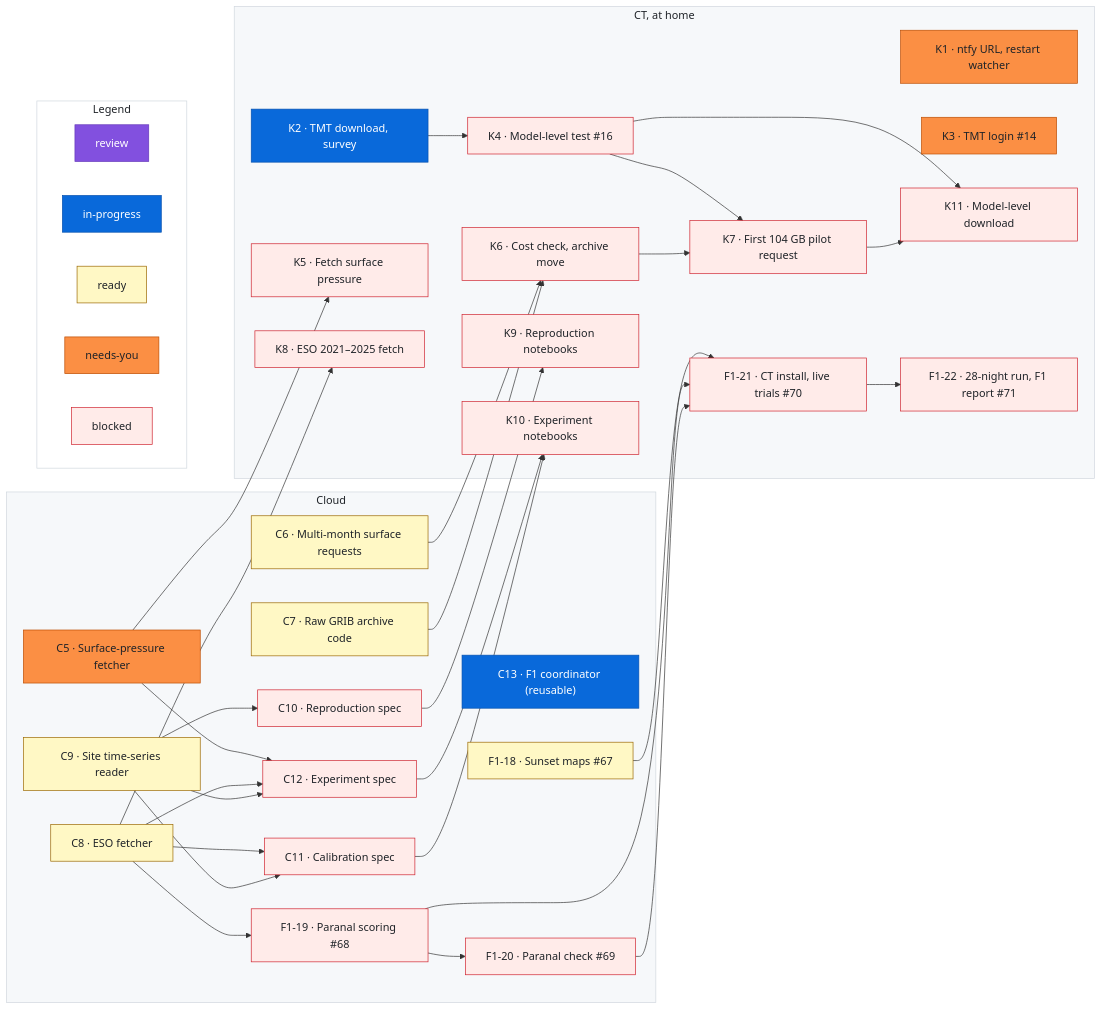
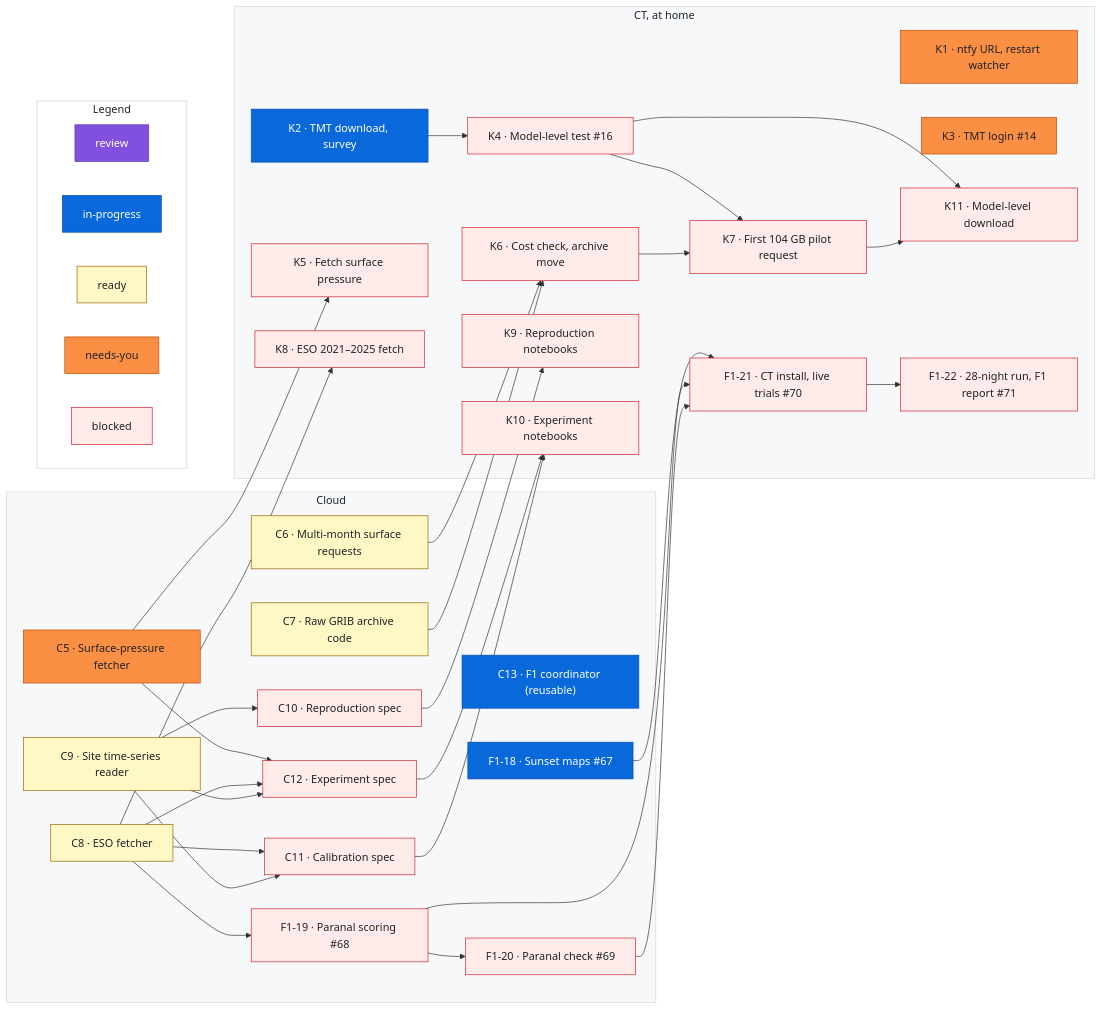
Before and after one commit to rrweller/Astro-seeing: the diagram in docs/roadmap.md, drawn with Mermaid. The commit also changed other lines of this file, not shown here.

Commit message:
roadmap: F1-18 ready → in-progress
Claude-Session: https://claude.ai/code/session_01ECS9raFm3vxsrVcoCuKymK

```diff
--- a/docs/roadmap.md
+++ b/docs/roadmap.md
@@ -160,7 +160,7 @@
   %% ---
   class C13 inprogress
   %% ---
-  class F1_18 ready
+  class F1_18 inprogress
   %% ---
   class F1_19 blocked
   %% ---
```
